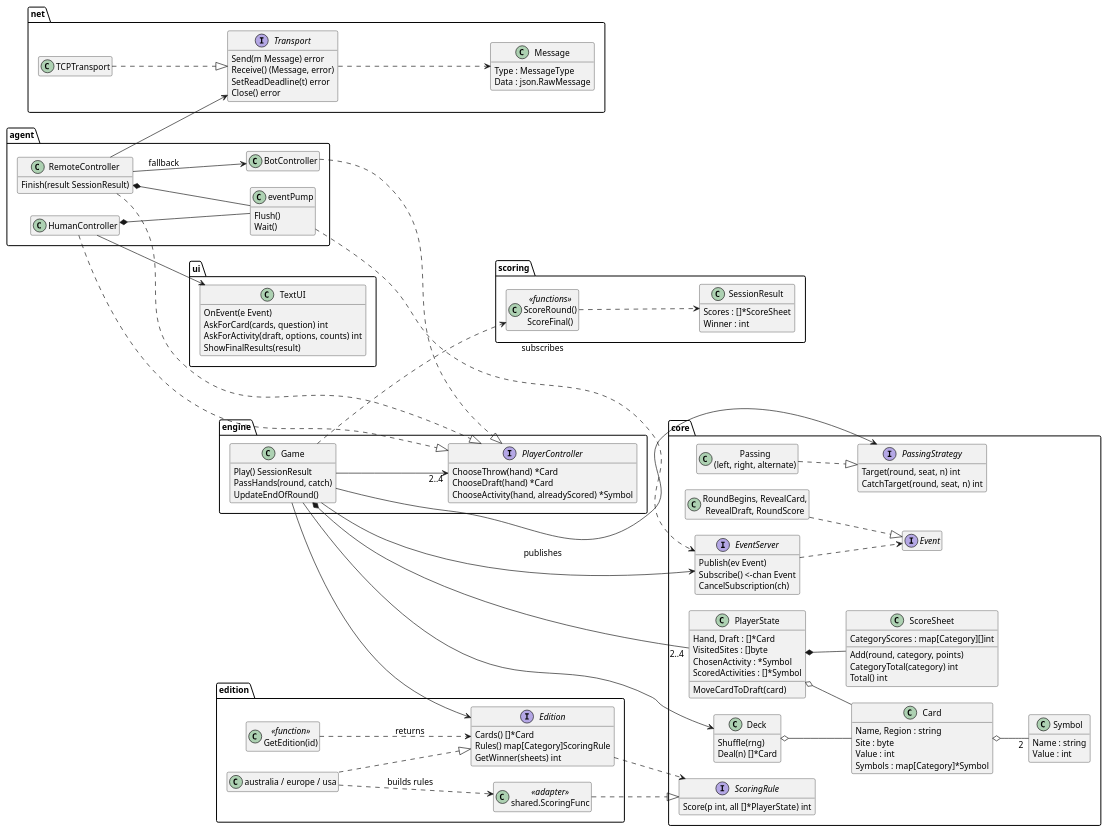
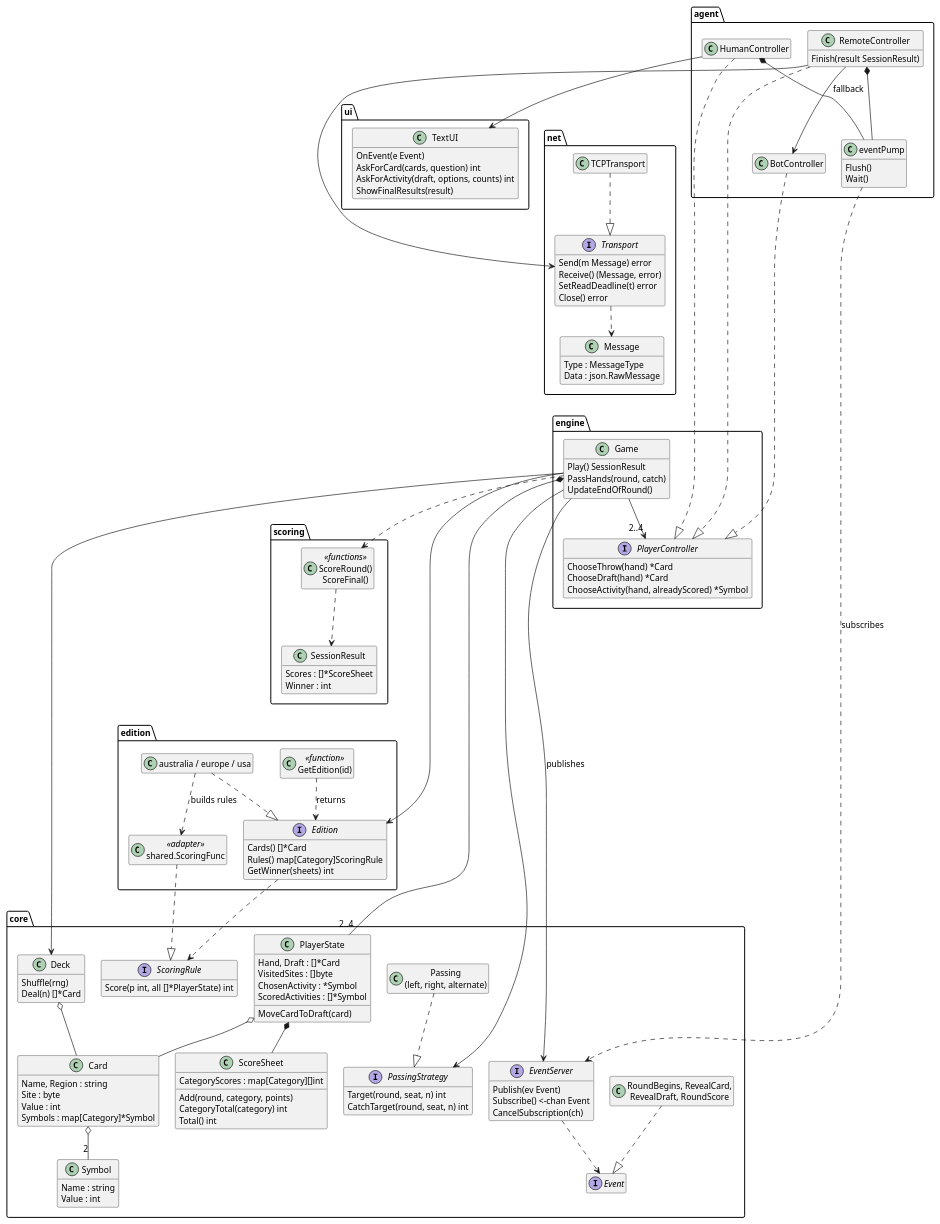
The diagram in docs/diagrams/classes.puml (BlackestDawn/ltu-boomerang), drawn with PlantUML before and after one commit. The commit also changed 1 other file, not shown here.

Commit message:
adjusting class diagram layout

```diff
--- a/docs/diagrams/classes.puml
+++ b/docs/diagrams/classes.puml
@@ -1,151 +1,157 @@
 @startuml classes
 skinparam defaultFontName Arial
 skinparam defaultFontSize 13
 skinparam shadowing false
 skinparam classAttributeIconSize 0
 skinparam nodesep 25
 skinparam ranksep 45
 hide empty members
-left to right direction
+top to bottom direction
 
 package agent {
   class HumanController
   class BotController
   class RemoteController {
     Finish(result SessionResult)
   }
   class eventPump {
     Flush()
     Wait()
   }
 }
 package ui {
   class TextUI {
     OnEvent(e Event)
     AskForCard(cards, question) int
     AskForActivity(draft, options, counts) int
     ShowFinalResults(result)
   }
 }
 package net {
   interface Transport {
     Send(m Message) error
     Receive() (Message, error)
     SetReadDeadline(t) error
     Close() error
   }
   class TCPTransport
   class Message {
     Type : MessageType
     Data : json.RawMessage
   }
 }
 package engine {
   class Game {
     Play() SessionResult
     PassHands(round, catch)
     UpdateEndOfRound()
   }
   interface PlayerController {
     ChooseThrow(hand) *Card
     ChooseDraft(hand) *Card
     ChooseActivity(hand, alreadyScored) *Symbol
   }
 }
 package scoring {
   class SessionResult {
     Scores : []*ScoreSheet
     Winner : int
   }
   class "ScoreRound()\nScoreFinal()" as ScoringFuncs <<functions>>
 }
 package edition {
   interface Edition {
     Cards() []*Card
     Rules() map[Category]ScoringRule
     GetWinner(sheets) int
   }
   class "GetEdition(id)" as Registry <<function>>
   class "australia / europe / usa" as Editions
   class "shared.ScoringFunc" as ScoringFunc <<adapter>>
 }
 package core {
   interface ScoringRule {
     Score(p int, all []*PlayerState) int
   }
   interface PassingStrategy {
     Target(round, seat, n) int
     CatchTarget(round, seat, n) int
   }
   class "Passing\n(left, right, alternate)" as Passing
   interface EventServer {
     Publish(ev Event)
     Subscribe() <-chan Event
     CancelSubscription(ch)
   }
   interface Event
   class "RoundBegins, RevealCard,\nRevealDraft, RoundScore" as Events
   class PlayerState {
     Hand, Draft : []*Card
     VisitedSites : []byte
     ChosenActivity : *Symbol
     ScoredActivities : []*Symbol
     MoveCardToDraft(card)
   }
   class ScoreSheet {
     CategoryScores : map[Category][]int
     Add(round, category, points)
     CategoryTotal(category) int
     Total() int
   }
   class Deck {
     Shuffle(rng)
     Deal(n) []*Card
   }
   class Card {
     Name, Region : string
     Site : byte
     Value : int
     Symbols : map[Category]*Symbol
   }
   class Symbol {
     Name : string
     Value : int
   }
 }
 
 HumanController ..|> PlayerController
 BotController ..|> PlayerController
 RemoteController ..|> PlayerController
 RemoteController --> Transport
 RemoteController --> BotController : fallback
 RemoteController *-- eventPump
 HumanController *-- eventPump
 HumanController --> TextUI
 TCPTransport ..|> Transport
 Transport ..> Message
 eventPump ..> EventServer : subscribes
 
 Game --> "2..4" PlayerController
 Game --> EventServer : publishes
 Game --> Edition
 Game --> PassingStrategy
 Game *-- "2..4" PlayerState
 Game --> Deck
 Game ..> ScoringFuncs
 ScoringFuncs ..> SessionResult
 
 Registry ..> Edition : returns
 Editions ..|> Edition
 Editions ..> ScoringFunc : builds rules
 ScoringFunc ..|> ScoringRule
 Edition ..> ScoringRule
 
 Passing ..|> PassingStrategy
 Events ..|> Event
 EventServer ..> Event
 PlayerState *-- ScoreSheet
 PlayerState o-- Card
 Deck o-- Card
 Card o-- "2" Symbol
+
+' Layout hints: stack the packages and keep each one narrow.
+TextUI -[hidden]down- Transport
+Message -[hidden]down- Game
+SessionResult -[hidden]down- Registry
+Passing -[hidden]down- EventServer
 @enduml
```
